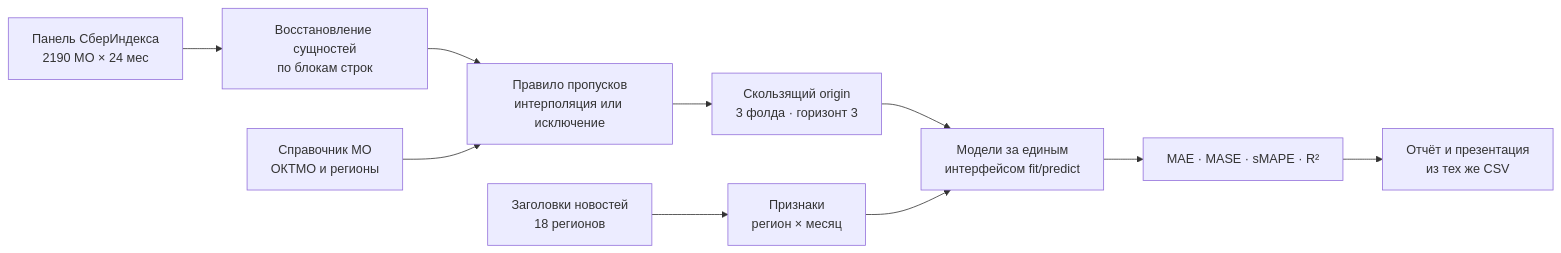
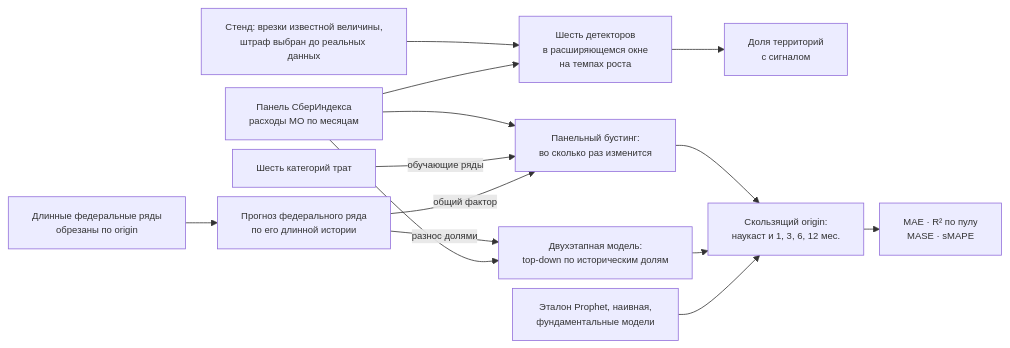
One commit to kr1zal/sberindex_konkurs changed the diagram in report/slides.qmd. Above: the diagram before and after it, drawn with Mermaid. The commit also changed other lines of this file and 2 other files, not shown here.

First line of the commit message:
Слайды: разбить переполненные, схема архитектуры, «Выводы» на чанках

````diff
--- a/report/slides.qmd
+++ b/report/slides.qmd
@@ -149,12 +149,17 @@
 ```{mermaid}
+%%{init: {"flowchart": {"nodeSpacing": 12, "rankSpacing": 20}, "themeVariables": {"fontSize": "12px"}}}%%
 flowchart LR
-    A[Панель СберИндекса<br/>2190 МО × 24 мес] --> B[Восстановление сущностей<br/>по блокам строк]
-    B --> C[Правило пропусков<br/>интерполяция или исключение]
-    C --> D[Скользящий origin<br/>3 фолда · горизонт 3]
-    D --> E[Модели за единым<br/>интерфейсом fit/predict]
-    E --> F[MAE · MASE · sMAPE · R²]
-    G[Справочник МО<br/>ОКТМО и регионы] --> C
-    H[Заголовки новостей<br/>18 регионов] --> I[Признаки<br/>регион × месяц]
-    I --> E
-    F --> J[Отчёт и презентация<br/>из тех же CSV]
+    P["Панель СберИндекса<br/>расходы МО по месяцам"] --> G["Панельный бустинг:<br/>во сколько раз изменится"]
+    K["Шесть категорий трат"] -->|обучающие ряды| G
+    L["Длинные федеральные ряды<br/>обрезаны по origin"] --> F["Прогноз федерального ряда<br/>по его длинной истории"]
+    F -->|общий фактор| G
+    F -->|разнос долями| T["Двухэтапная модель:<br/>top-down по историческим долям"]
+    P --> T
+    B["Стенд: врезки известной величины,<br/>штраф выбран до реальных данных"] --> D
+    P --> D["Шесть детекторов<br/>в расширяющемся окне<br/>на темпах роста"]
+    D --> S["Доля территорий<br/>с сигналом"]
+    G --> E["Скользящий origin:<br/>наукаст и 1, 3, 6, 12 мес."]
+    T --> E
+    R["Эталон Prophet, наивная,<br/>фундаментальные модели"] --> E
+    E --> M["MAE · R² по пулу<br/>MASE · sMAPE"]
 ```
````
